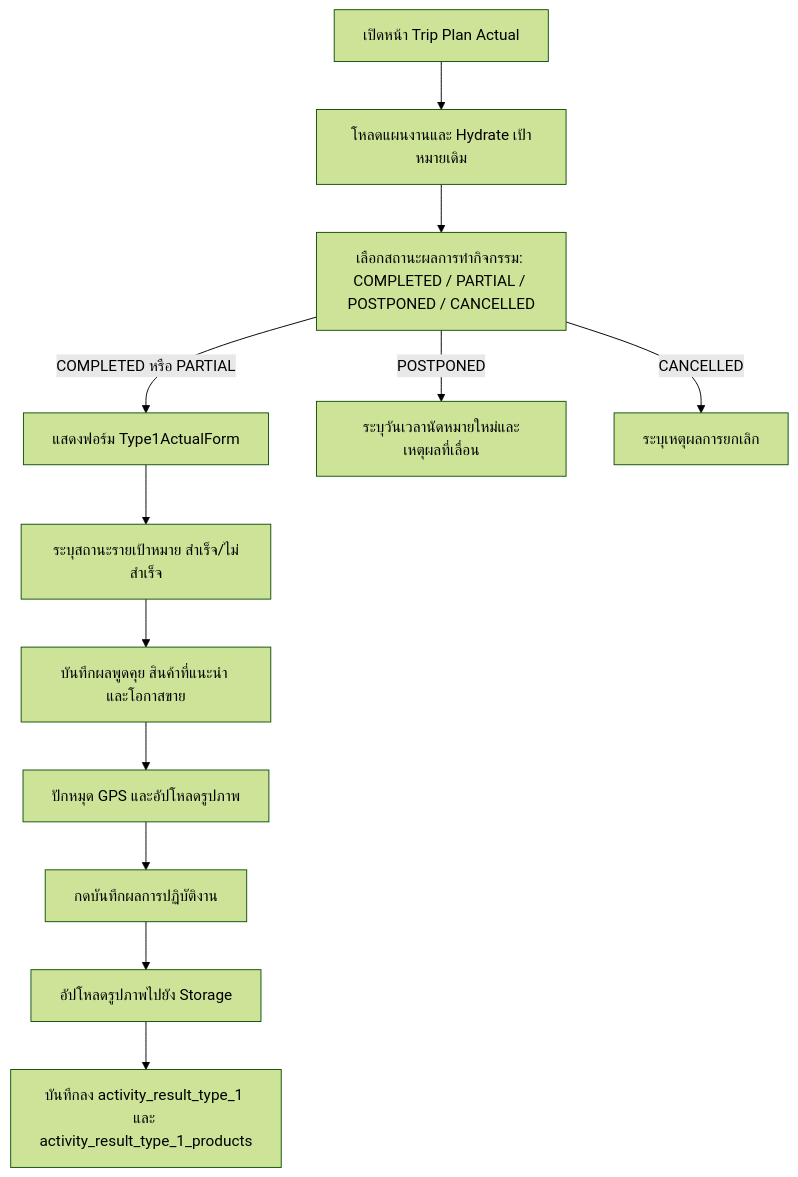
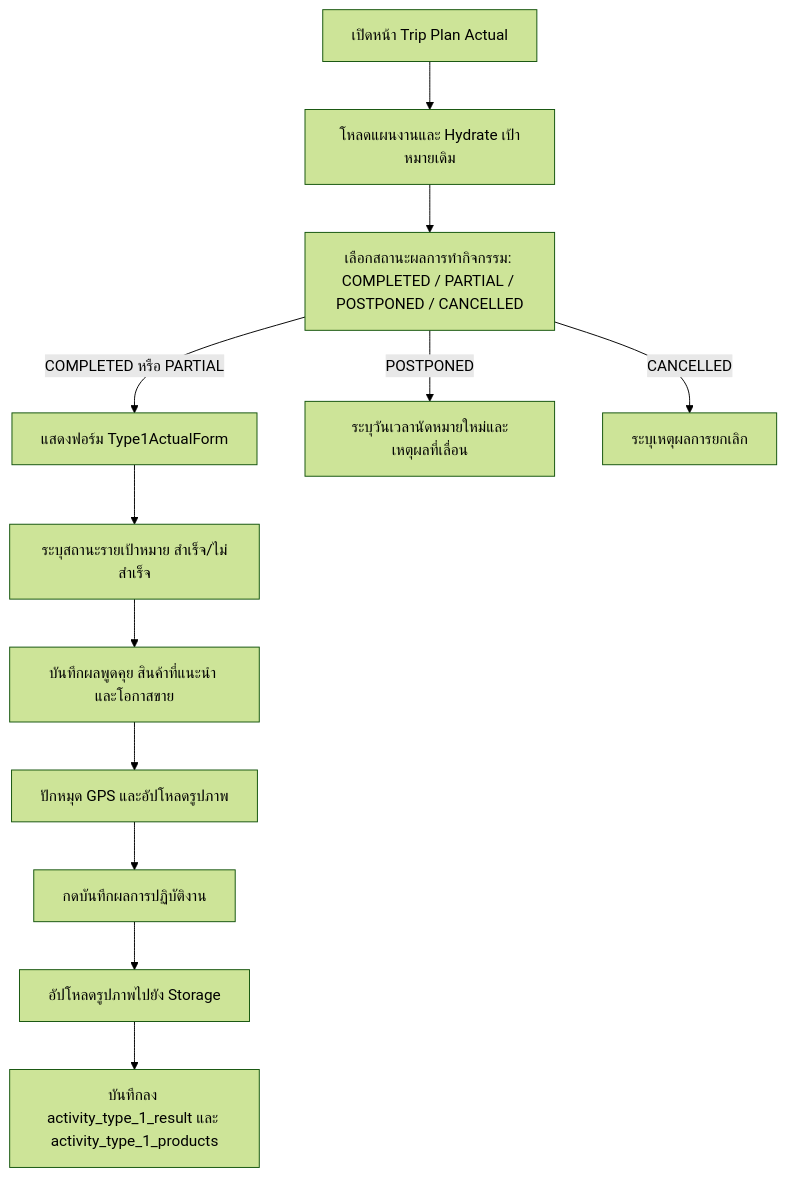
One commit to bankhk10/crm-bank changed the second of 3 diagrams in modules/activity/features/type-1/README.md. Above: the diagram before and after it, drawn with Mermaid (forest theme). The commit also changed other lines of this file and 19 other files, not shown here.

````diff
--- a/modules/activity/features/type-1/README.md
+++ b/modules/activity/features/type-1/README.md
@@ -53,14 +53,14 @@
 ```mermaid
 graph TD
     A[เปิดหน้า Trip Plan Actual] --> B[โหลดแผนงานและ Hydrate เป้าหมายเดิม]
     B --> C[เลือกสถานะผลการทำกิจกรรม: COMPLETED / PARTIAL / POSTPONED / CANCELLED]
     C -->|COMPLETED หรือ PARTIAL| D[แสดงฟอร์ม Type1ActualForm]
     D --> E[ระบุสถานะรายเป้าหมาย สำเร็จ/ไม่สำเร็จ]
     E --> F[บันทึกผลพูดคุย สินค้าที่แนะนำ และโอกาสขาย]
     F --> G[ปักหมุด GPS และอัปโหลดรูปภาพ]
     G --> H[กดบันทึกผลการปฏิบัติงาน]
     H --> I[อัปโหลดรูปภาพไปยัง Storage]
-    I --> J[บันทึกลง activity_result_type_1 และ activity_result_type_1_products]
+    I --> J[บันทึกลง activity_type_1_result และ activity_type_1_products]
     C -->|POSTPONED| K[ระบุวันเวลานัดหมายใหม่และเหตุผลที่เลื่อน]
     C -->|CANCELLED| L[ระบุเหตุผลการยกเลิก]
 ```
````
